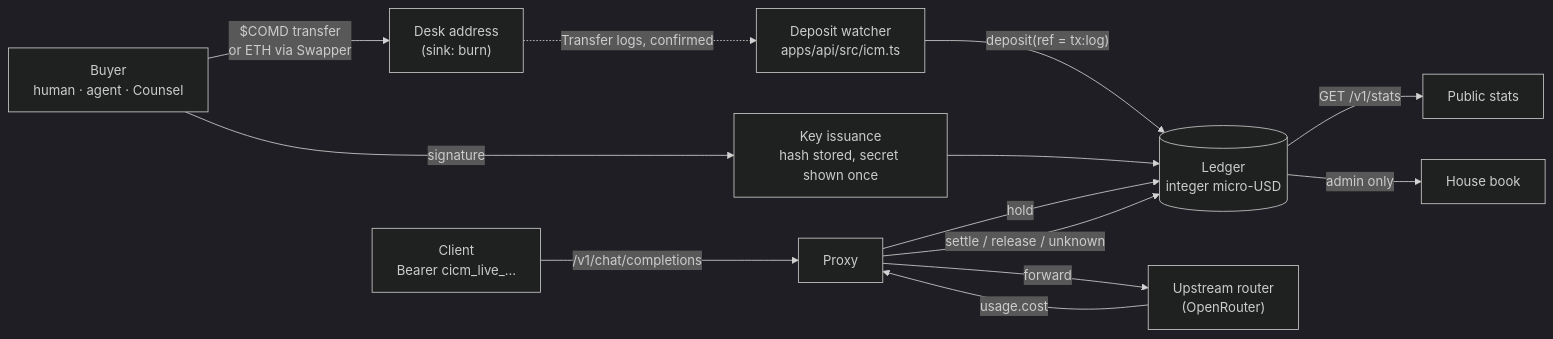
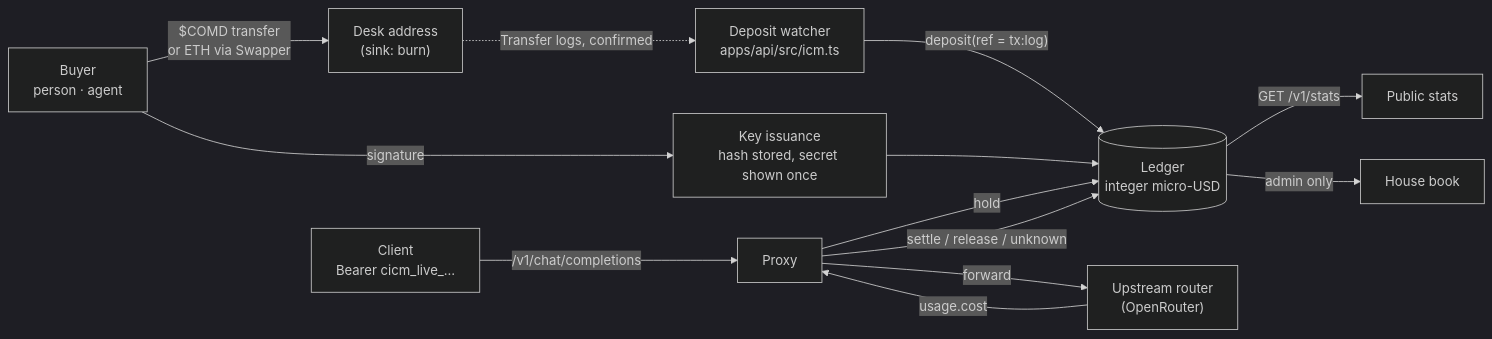
The first of 2 diagrams in README.md (comdfun/comdfun), drawn with Mermaid (dark theme) before and after one commit. The commit also changed other lines of this file and 103 other files, not shown here.

````diff
--- a/README.md
+++ b/README.md
@@ -305,15 +198,15 @@
 ```mermaid
 flowchart LR
-    B["Buyer<br/>human · agent · Counsel"] -->|"$COMD transfer<br/>or ETH via Swapper"| D["Desk address<br/>(sink: burn)"]
+    B["Buyer<br/>person · agent"] -->|"$COMD transfer<br/>or ETH via Swapper"| D["Desk address<br/>(sink: burn)"]
     D -.->|"Transfer logs, confirmed"| W["Deposit watcher<br/>apps/api/src/icm.ts"]
     W -->|"deposit(ref = tx:log)"| L[("Ledger<br/>integer micro-USD")]
     B -->|"signature"| K["Key issuance<br/>hash stored, secret shown once"]
     K --> L
     C["Client<br/>Bearer cicm_live_…"] -->|"/v1/chat/completions"| P["Proxy"]
     P -->|"hold"| L
     P -->|"forward"| U["Upstream router<br/>(OpenRouter)"]
     U -->|"usage.cost"| P
     P -->|"settle / release / unknown"| L
     L -->|"GET /v1/stats"| S["Public stats"]
     L -->|"admin only"| H["House book"]
 ```
````
